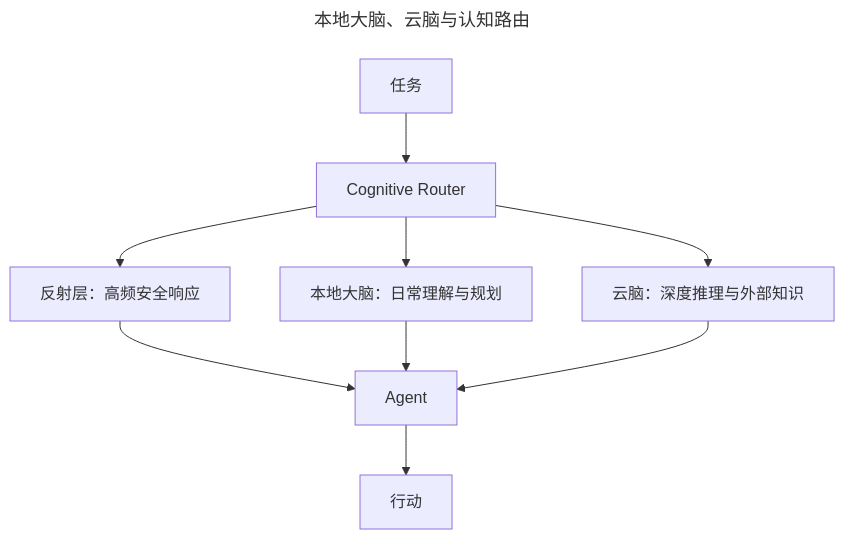
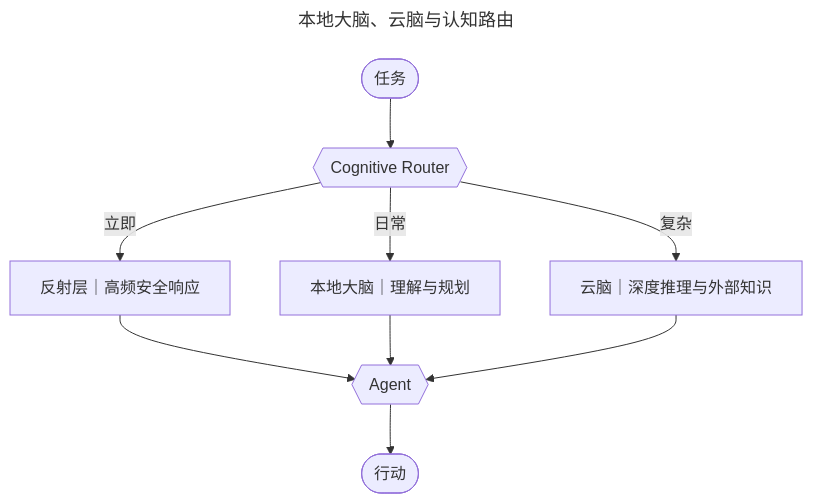
The fourth of 6 diagrams in src/content/posts/embodied-ai-as-agent-tools.md (YinsenWANG/YinsenWANG.github.io), drawn with Mermaid before and after one commit. The commit also changed other lines of this file and 2 other files, not shown here.

Commit message:
Polish Mermaid diagram design

````diff
--- a/src/content/posts/embodied-ai-as-agent-tools.md
+++ b/src/content/posts/embodied-ai-as-agent-tools.md
@@ -207,14 +227,21 @@
 ```mermaid
 ---
 title: 本地大脑、云脑与认知路由
 ---
 flowchart TB
-  Task["任务"] --> Router["Cognitive Router"]
-  Router --> Reflex["反射层：高频安全响应"]
-  Router --> Local["本地大脑：日常理解与规划"]
-  Router --> Cloud["云脑：深度推理与外部知识"]
-  Reflex --> Agent["Agent"]
+  Task(["任务"]) --> Router{{"Cognitive Router"}}
+  Router -- "立即" --> Reflex["反射层｜高频安全响应"]
+  Router -- "日常" --> Local["本地大脑｜理解与规划"]
+  Router -- "复杂" --> Cloud["云脑｜深度推理与外部知识"]
+  Reflex --> Agent{{"Agent"}}
   Local --> Agent
   Cloud --> Agent
-  Agent --> Action["行动"]
+  Agent --> Action(["行动"])
+
+  class Task entry
+  class Router,Agent intelligence
+  class Reflex safety
+  class Local local
+  class Cloud cloud
+  class Action action
 ```
````
